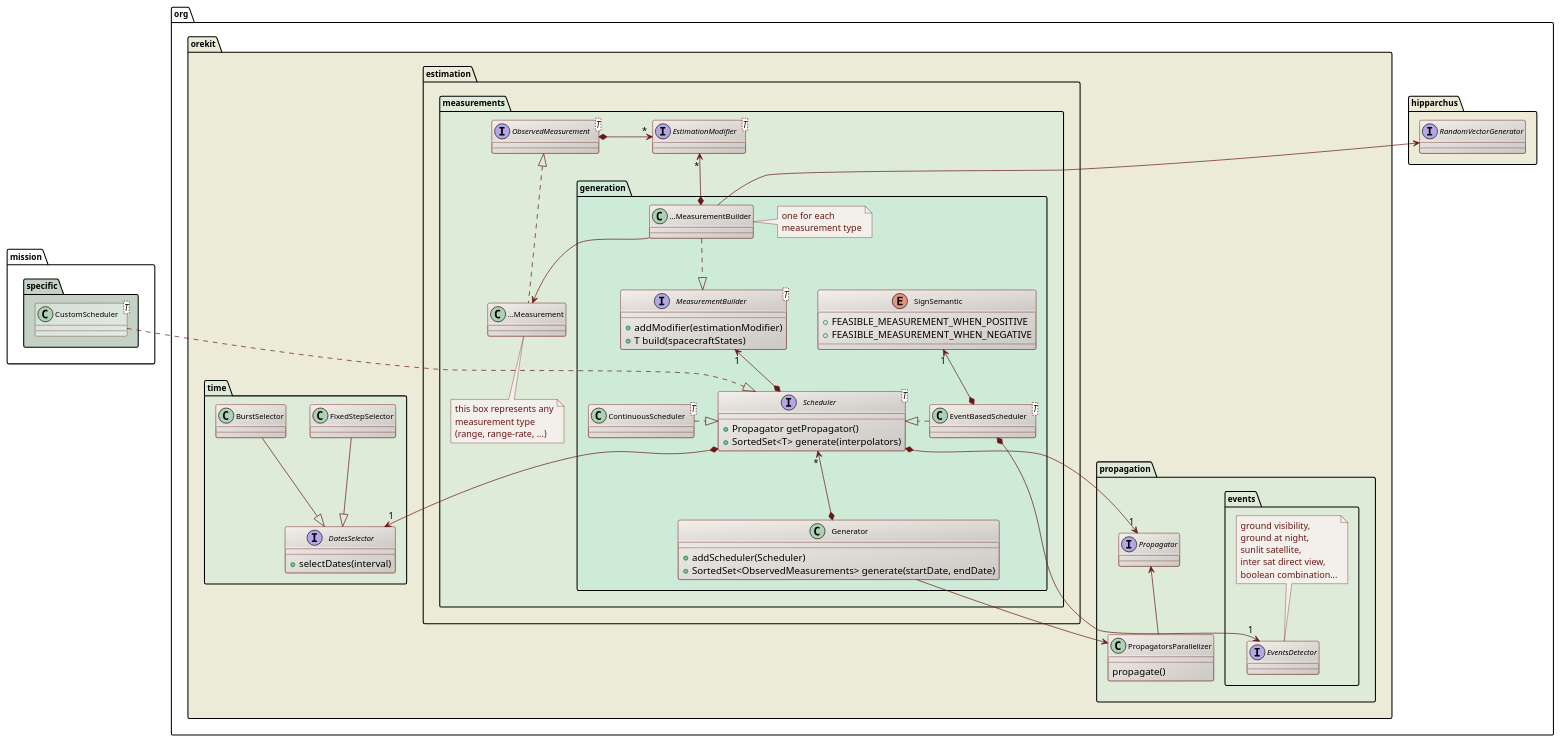
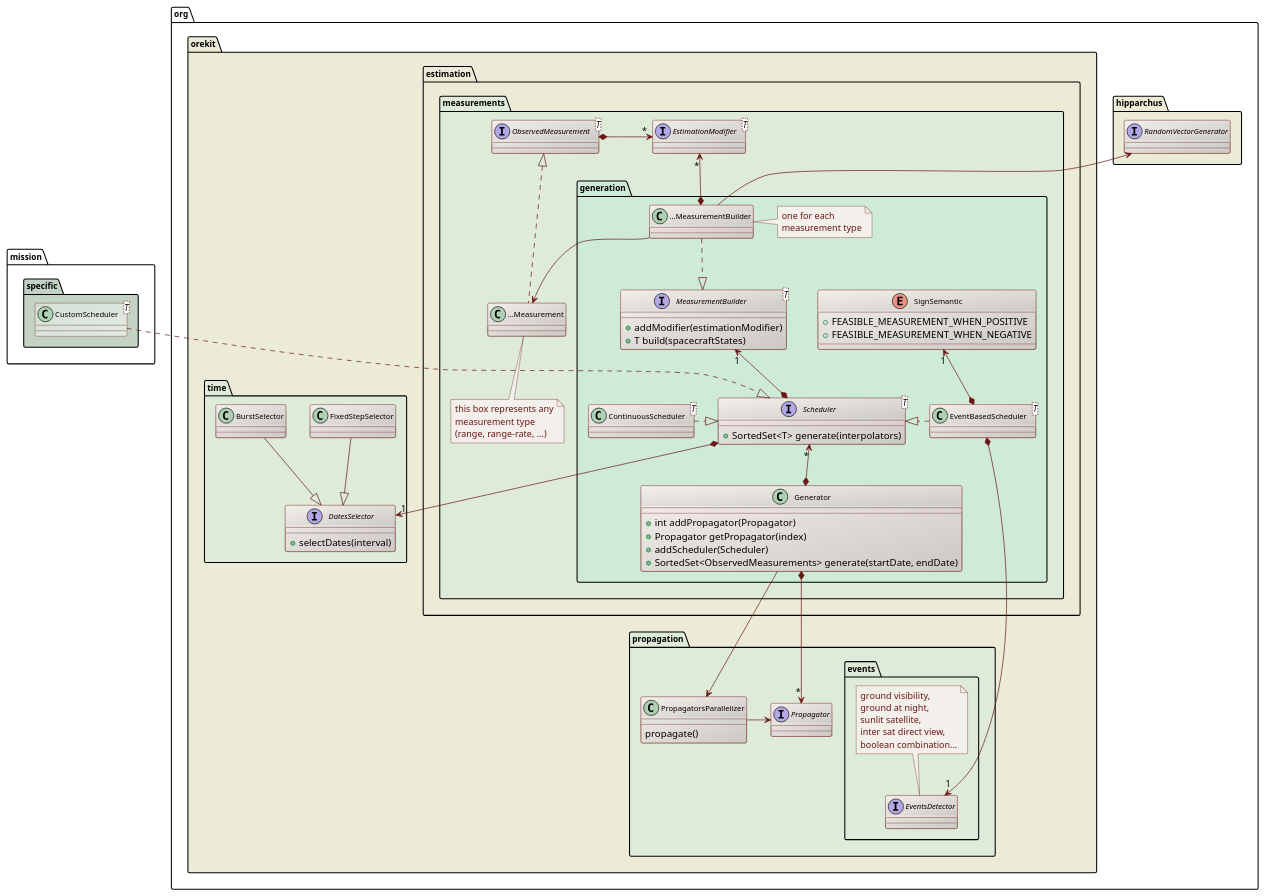
One commit to CS-SI/Orekit changed the diagram in src/design/measurements-generation-class-diagram.puml. Above: the diagram before and after it, drawn with PlantUML. The commit also changed 13 other files, not shown here.

First line of the commit message:
Put the propagators back into the generator.

```diff
--- a/src/design/measurements-generation-class-diagram.puml
+++ b/src/design/measurements-generation-class-diagram.puml
@@ -17,120 +17,121 @@
 @startuml
 
   skinparam svek                  true
   skinparam ClassBackgroundColor  #F3EFEB/CCC9C5
   skinparam ClassArrowColor       #691616
   skinparam ClassBorderColor      #691616
   skinparam NoteBackgroundColor   #F3EFEB
   skinparam NoteBorderColor       #691616
   skinparam NoteFontColor         #691616
   skinparam ClassFontSize         11
   skinparam PackageFontSize       12
 
   package org.hipparchus #ECEBD8 {
       interface RandomVectorGenerator
   }
 
   package org.orekit #ECEBD8 {
 
     package propagation.events #DDEBD8 {
       interface EventsDetector
       note top
         ground visibility,
         ground at night,
         sunlit satellite,
         inter sat direct view,
         boolean combination...
       end note
     }
     package estimation.measurements #DDEBD8 {
 
       package generation #CEEBD8 {
 
         interface "MeasurementBuilder<T>" as MeasurementBuilder_T_ {
           +addModifier(estimationModifier)
           +T build(spacecraftStates)
          }
 
         class "...MeasurementBuilder" as XXXMeasurementBuilder
         note right
           one for each
           measurement type
         end note
 
         class Generator {
+          +int addPropagator(Propagator)
+          +Propagator getPropagator(index)
           +addScheduler(Scheduler)
           +SortedSet<ObservedMeasurements> generate(startDate, endDate)
         }
 
         enum SignSemantic {
           +FEASIBLE_MEASUREMENT_WHEN_POSITIVE
           +FEASIBLE_MEASUREMENT_WHEN_NEGATIVE
         }
         class "EventBasedScheduler<T>" as EventBasedScheduler_T_
         class "ContinuousScheduler<T>" as ContinuousScheduler_T_
 
         interface "Scheduler<T>" as Scheduler_T_ {
-          +Propagator getPropagator()
           +SortedSet<T> generate(interpolators)
         }
 
         XXXMeasurementBuilder       ..|>          MeasurementBuilder_T_
         MeasurementBuilder_T_ "1" <--* Scheduler_T_
         XXXMeasurementBuilder -up-> RandomVectorGenerator
         SignSemantic "1" <--* EventBasedScheduler_T_
         Scheduler_T_ <|.left. EventBasedScheduler_T_
         ContinuousScheduler_T_ .right.|> Scheduler_T_
         Scheduler_T_ "*" <--* Generator
   
         EventBasedScheduler_T_ *-right-> "1" EventsDetector
       }
 
       interface "EstimationModifier<T>" as EstimationModifier_T_
       interface "ObservedMeasurement<T>" as ObservedMeasurement_T_
       class "...Measurement" as XXXMeasurement
       note bottom
         this box represents any
         measurement type
         (range, range-rate, ...)
       end note
 
  
-      EstimationModifier_T_  "*" <-left-*          ObservedMeasurement_T_ 
+      EstimationModifier_T_  "*" <-left-*      ObservedMeasurement_T_ 
       ObservedMeasurement_T_     <|..          XXXMeasurement
       XXXMeasurementBuilder       -->          XXXMeasurement
       EstimationModifier_T_ "*" <--* XXXMeasurementBuilder 
 
     }
 
 
     package propagation #DDEBD8 {
     interface Propagator
       class PropagatorsParallelizer {
         propagate()
       }
       Generator --> PropagatorsParallelizer
-      Scheduler_T_ *--> "1" Propagator
-      Propagator <-- PropagatorsParallelizer
+      Generator *--> "*" Propagator
+      Propagator <-left- PropagatorsParallelizer
     }
 
     package time #DDEBD8 {
         class FixedStepSelector
         class BurstSelector
         interface DatesSelector {
           +selectDates(interval)
         }
 
 
         FixedStepSelector --|> DatesSelector
         BurstSelector --|> DatesSelector
         Scheduler_T_ *--> "1" DatesSelector
     }
 
   }
 
   package mission.specific #C4D2C5 {
     class "CustomScheduler<T>" as CustomScheduler_T_ #D5E0D5/E2EBE2
     Scheduler_T_ <|.up. CustomScheduler_T_
   }
 
 @enduml
```
